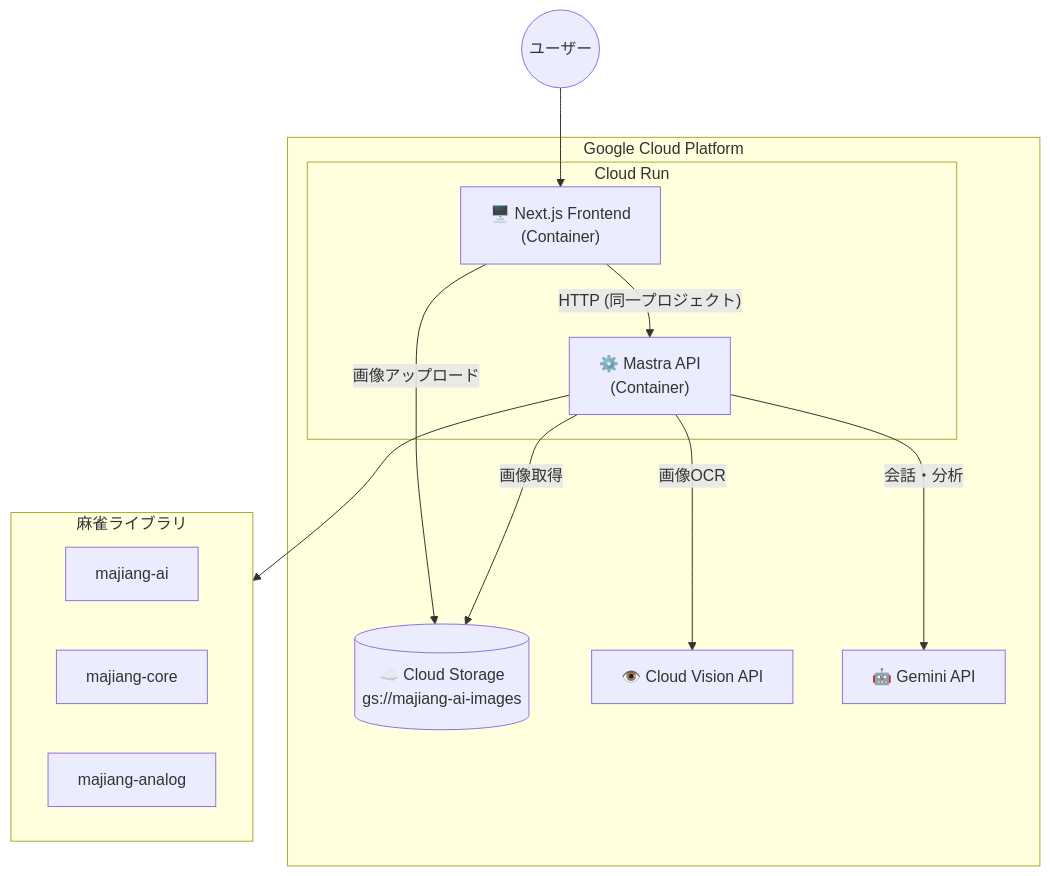
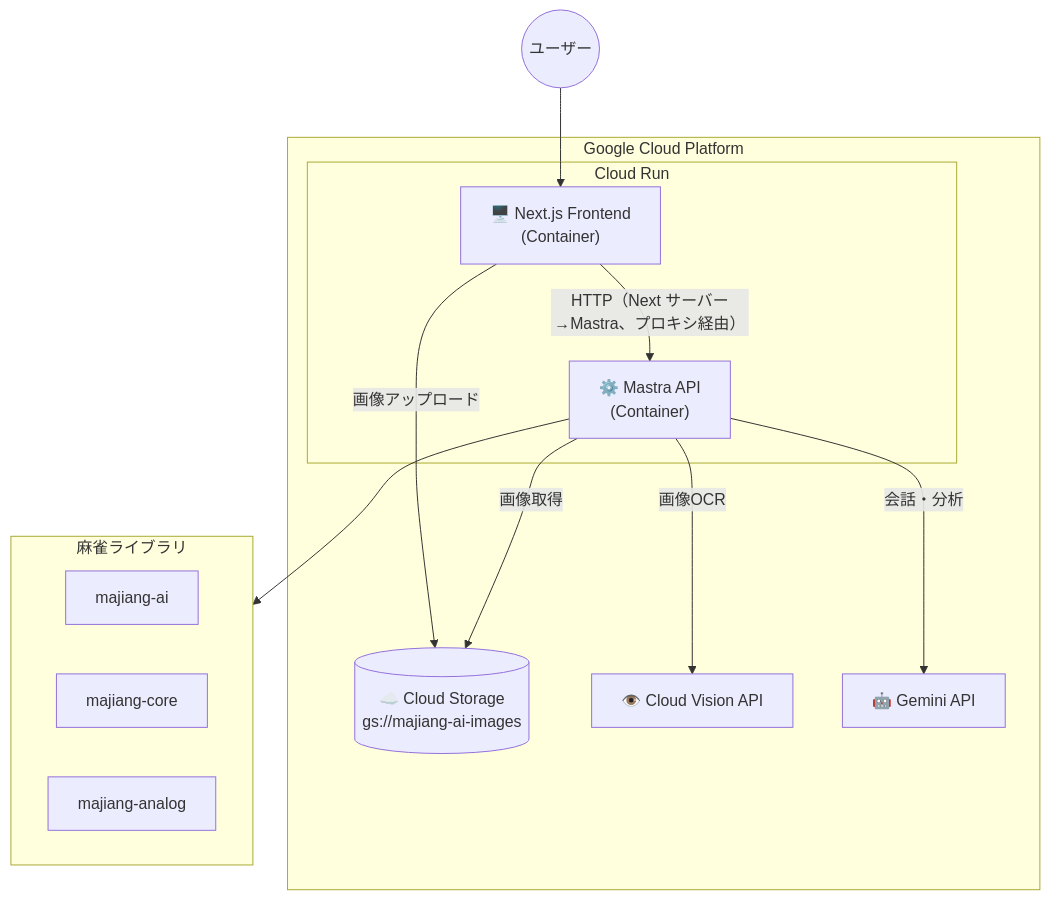
Before and after one commit to kazuki1023/majiang-ai-beta: the first of 3 diagrams in ARCHITECTURE.md, drawn with Mermaid. The commit also changed other lines of this file and 2 other files, not shown here.

````diff
--- a/ARCHITECTURE.md
+++ b/ARCHITECTURE.md
@@ -14,28 +14,28 @@
 ```mermaid
 flowchart TB
     User((ユーザー)) --> UI
 
     subgraph GCP["Google Cloud Platform"]
         subgraph CloudRun["Cloud Run"]
             UI["🖥️ Next.js Frontend<br/>(Container)"]
             API["⚙️ Mastra API<br/>(Container)"]
         end
         GCS[("☁️ Cloud Storage<br/>gs://majiang-ai-images")]
         Vision["👁️ Cloud Vision API"]
         Gemini["🤖 Gemini API"]
     end
 
-    UI -->|"HTTP (同一プロジェクト)"| API
+    UI -->|"HTTP（Next サーバー→Mastra、プロキシ経由）"| API
     UI -->|"画像アップロード"| GCS
     API -->|"画像OCR"| Vision
     API -->|"会話・分析"| Gemini
     API -->|"画像取得"| GCS
 
     subgraph Libraries["麻雀ライブラリ"]
         MajiangAI["majiang-ai"]
         MajiangCore["majiang-core"]
         MajiangAnalog["majiang-analog"]
     end
 
     API --> Libraries
 ```
````
